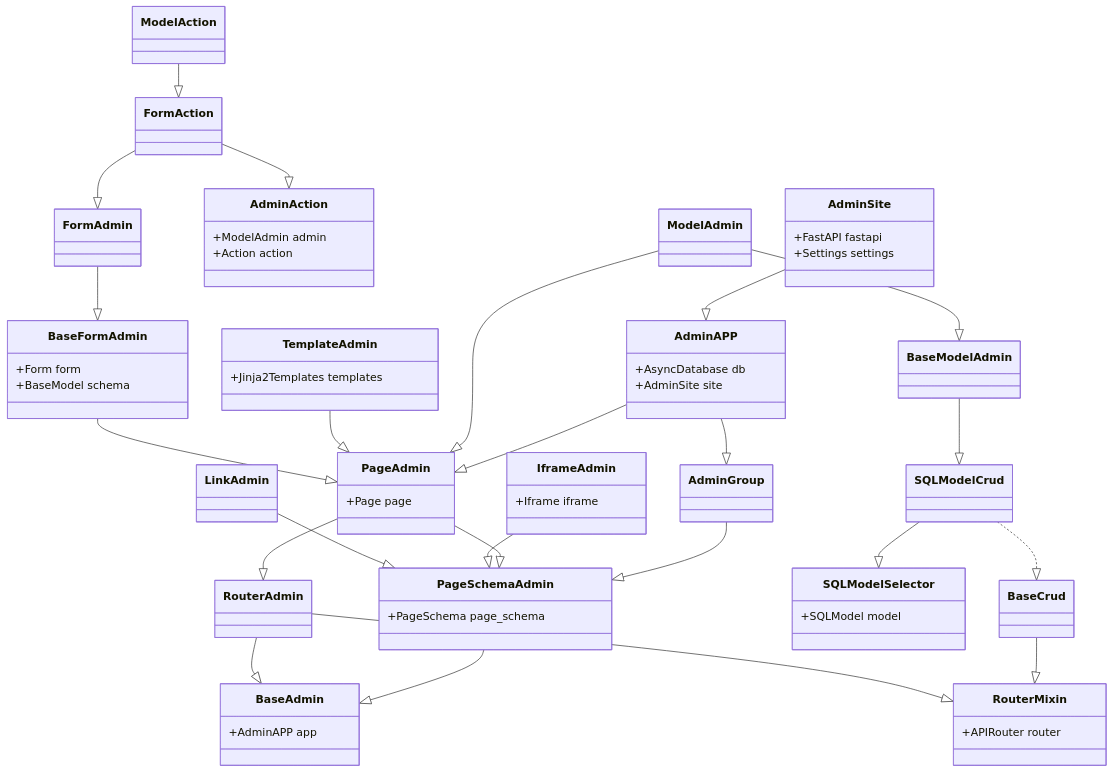
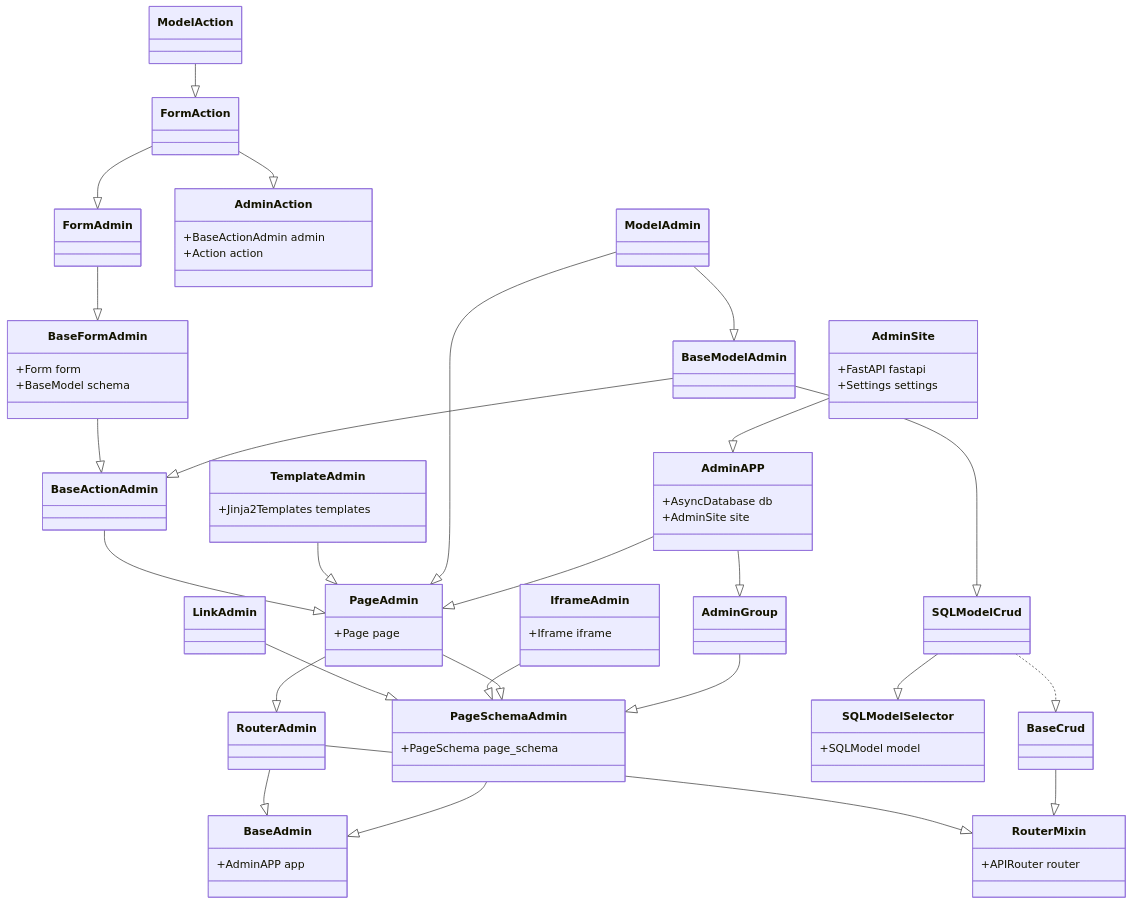
One commit to amisadmin/fastapi-amis-admin changed the first of 2 diagrams in docs/en/docs/amis_admin/BaseAdmin.md. Above: the diagram before and after it, drawn with Mermaid. The commit also changed 2 other files, not shown here.

Commit message:
fix: Optimize class inheritance and Action permission control.

````diff
--- a/docs/en/docs/amis_admin/BaseAdmin.md
+++ b/docs/en/docs/amis_admin/BaseAdmin.md
@@ -30,59 +30,61 @@
 ``` mermaid
 classDiagram
 	%% admin
     class RouterMixin
     RouterMixin: +APIRouter router
     RouterAdmin --|> RouterMixin
     class BaseAdmin
     BaseAdmin: +AdminAPP app
     RouterAdmin --|> BaseAdmin
     PageSchemaAdmin --|> BaseAdmin
     PageSchemaAdmin: +PageSchema page_schema
     
     LinkAdmin --|> PageSchemaAdmin
     IframeAdmin --|> PageSchemaAdmin
     IframeAdmin: +Iframe iframe
     
     PageAdmin --|> PageSchemaAdmin
     PageAdmin --|> RouterAdmin
     PageAdmin: +Page page
     
-    BaseFormAdmin --|> PageAdmin
+    BaseActionAdmin --|> PageAdmin
+    BaseFormAdmin --|> BaseActionAdmin
     BaseFormAdmin: +Form form
     BaseFormAdmin: +BaseModel schema
     
     FormAdmin --|> BaseFormAdmin
     
     TemplateAdmin --|> PageAdmin
     TemplateAdmin: +Jinja2Templates templates
     
     %% model
     FormAction --|> AdminAction
     FormAction --|> FormAdmin
     ModelAction --|> FormAction
-    AdminAction: +ModelAdmin admin
+    AdminAction: +BaseActionAdmin admin
     AdminAction: +Action action
     
     class SQLModelSelector
     SQLModelSelector: +SQLModel model
     BaseCrud --|> RouterMixin
     SQLModelCrud ..|> BaseCrud
     SQLModelCrud --|> SQLModelSelector
     
+    BaseModelAdmin --|> BaseActionAdmin
     BaseModelAdmin --|> SQLModelCrud
     ModelAdmin --|> BaseModelAdmin
 	ModelAdmin --|> PageAdmin
 	
 	%% group,app,site
 	AdminGroup --|> PageSchemaAdmin
 	
     AdminAPP --|> AdminGroup
     AdminAPP --|> PageAdmin
     AdminAPP: +AsyncDatabase db
     AdminAPP: +AdminSite site
     
     AdminSite --|> AdminAPP
     AdminSite: +FastAPI fastapi
     AdminSite: +Settings settings
     
 ```
````
